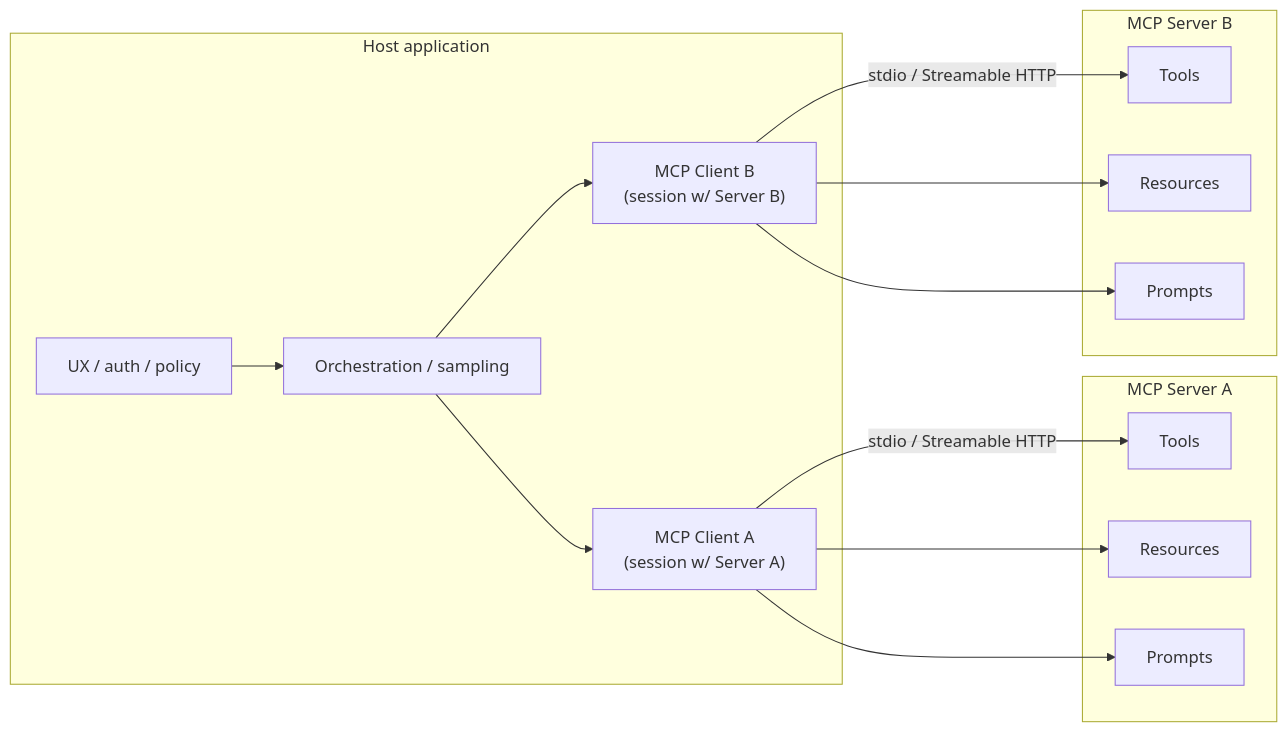
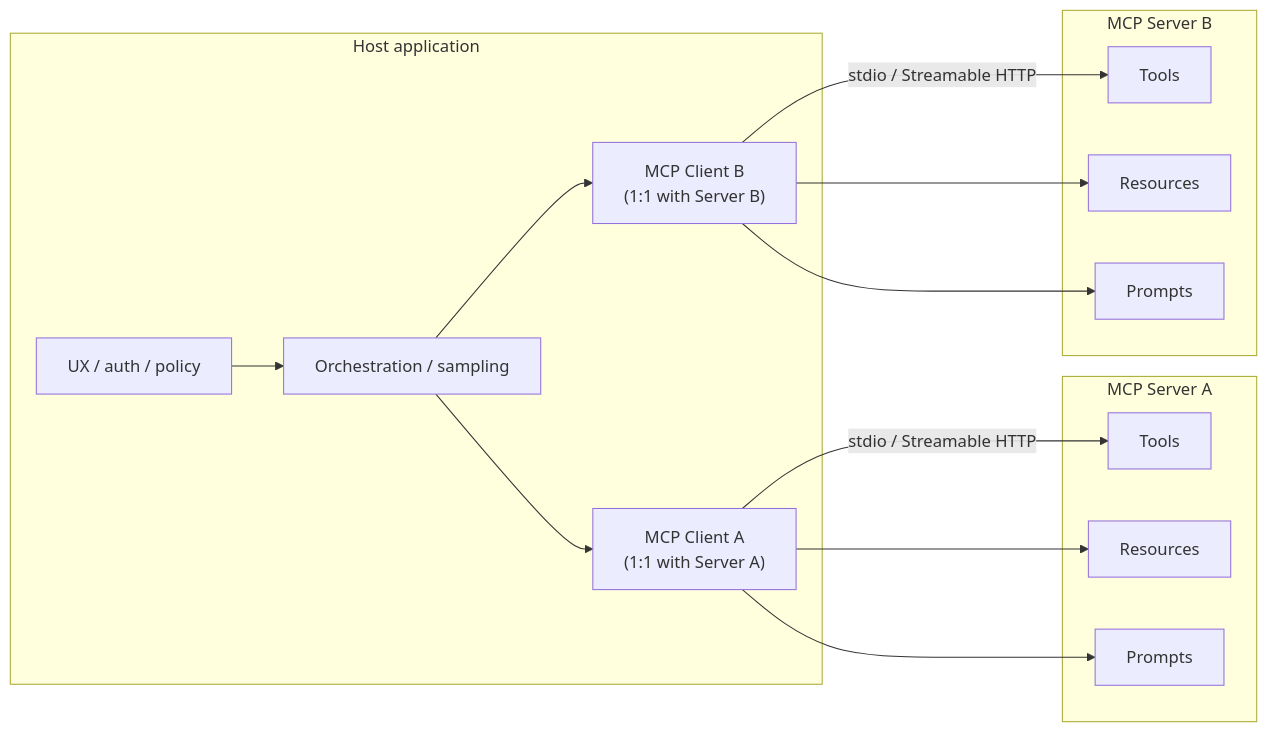
One commit to sanketn26/AIEngineering changed the diagram in docs/core/08-model-context-protocol.md. Above: the diagram before and after it, drawn with Mermaid. The commit also changed other lines of this file and 6 other files, not shown here.

````diff
--- a/docs/core/08-model-context-protocol.md
+++ b/docs/core/08-model-context-protocol.md
@@ -48,28 +58,28 @@
 ```mermaid
 flowchart LR
   subgraph Host["Host application"]
     UX[UX / auth / policy]
     Orch[Orchestration / sampling]
-    ClientA["MCP Client A<br/>(session w/ Server A)"]
-    ClientB["MCP Client B<br/>(session w/ Server B)"]
+    ClientA["MCP Client A<br/>(1:1 with Server A)"]
+    ClientB["MCP Client B<br/>(1:1 with Server B)"]
   end
   subgraph ServerA["MCP Server A"]
     TA[Tools]
     RA[Resources]
     PA[Prompts]
   end
   subgraph ServerB["MCP Server B"]
     TB[Tools]
     RB[Resources]
     PB[Prompts]
   end
   UX --> Orch
   Orch --> ClientA
   Orch --> ClientB
   ClientA -->|stdio / Streamable HTTP| TA
   ClientA --> RA
   ClientA --> PA
   ClientB -->|stdio / Streamable HTTP| TB
   ClientB --> RB
   ClientB --> PB
 ```
````
